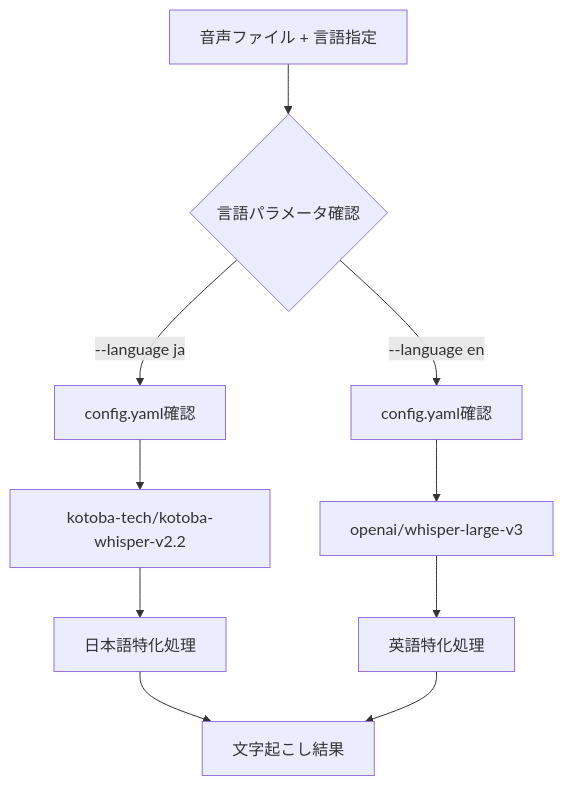
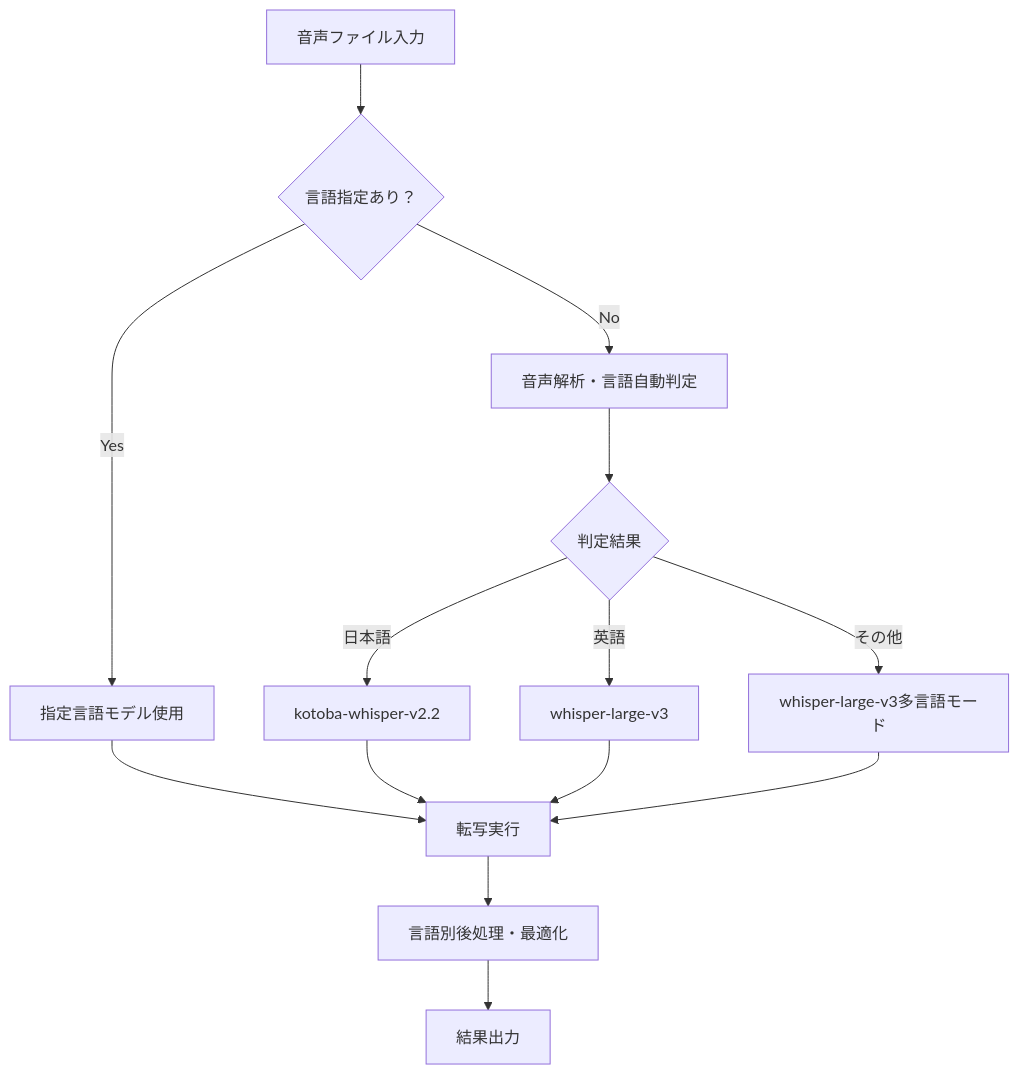
The diagram in docs/user/language_support_guide.md (abem/tc), drawn with Mermaid before and after one commit. The commit also changed other lines of this file and 20 other files, not shown here.

````diff
--- a/docs/user/language_support_guide.md
+++ b/docs/user/language_support_guide.md
@@ -28,12 +97,16 @@
 ```mermaid
 graph TD
-    A[音声ファイル + 言語指定] --> B{言語パラメータ確認}
-    B -->|--language ja| C[config.yaml確認]
-    B -->|--language en| D[config.yaml確認]
-    C --> E[kotoba-tech/kotoba-whisper-v2.2]
-    D --> F[openai/whisper-large-v3]
-    E --> G[日本語特化処理]
-    F --> H[英語特化処理]
-    G --> I[文字起こし結果]
+    A[音声ファイル入力] --> B{言語指定あり？}
+    B -->|Yes| C[指定言語モデル使用]
+    B -->|No| D[音声解析・言語自動判定]
+    D --> E{判定結果}
+    E -->|日本語| F[kotoba-whisper-v2.2]
+    E -->|英語| G[whisper-large-v3]
+    E -->|その他| H[whisper-large-v3多言語モード]
+    C --> I[転写実行]
+    F --> I
+    G --> I
     H --> I
+    I --> J[言語別後処理・最適化]
+    J --> K[結果出力]
 ```
````
